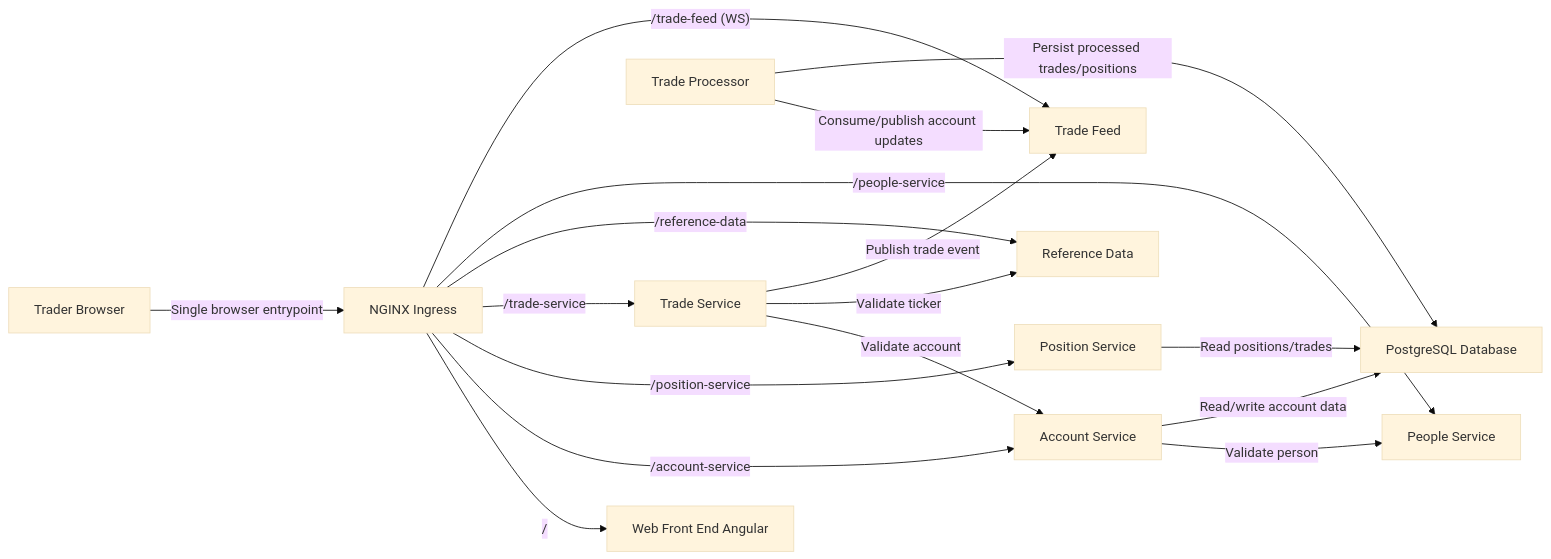
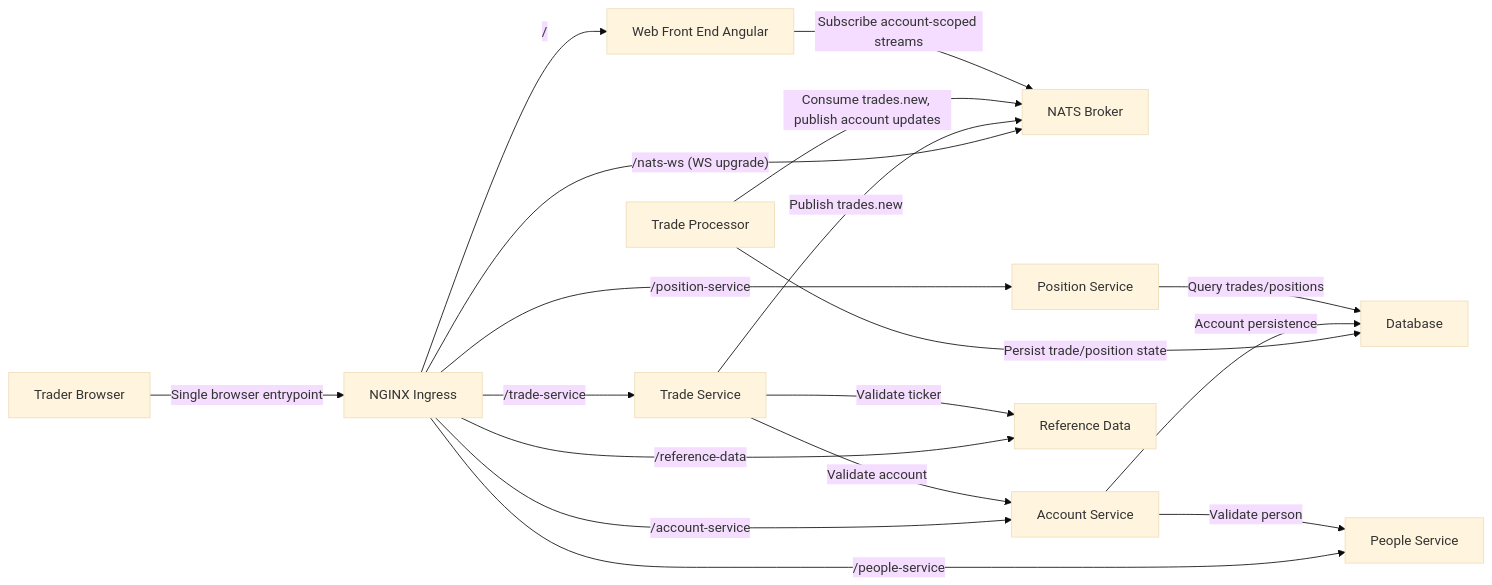
The diagram in docs/learning/software-architecture.md (finos/traderX), drawn with Mermaid (base theme) before and after one commit. The commit also changed other lines of this file and 65 other files, not shown here.

````diff
--- a/docs/learning/software-architecture.md
+++ b/docs/learning/software-architecture.md
@@ -42,30 +42,31 @@
 ```mermaid
 flowchart LR
   trader["Trader Browser"]
   ingress["NGINX Ingress"]
   web["Web Front End Angular"]
-  referenceData["Reference Data"]
-  tradeFeed["Trade Feed"]
-  people["People Service"]
+  nats["NATS Broker"]
+  tradeService["Trade Service"]
+  tradeProcessor["Trade Processor"]
   account["Account Service"]
   position["Position Service"]
-  tradeProcessor["Trade Processor"]
-  tradeService["Trade Service"]
-  database["PostgreSQL Database"]
+  referenceData["Reference Data"]
+  people["People Service"]
+  database["Database"]
   trader -->|"Single browser entrypoint"| ingress
   ingress -->|"/"| web
   ingress -->|"/account-service"| account
   ingress -->|"/position-service"| position
   ingress -->|"/trade-service"| tradeService
   ingress -->|"/reference-data"| referenceData
   ingress -->|"/people-service"| people
-  ingress -->|"/trade-feed (WS)"| tradeFeed
+  ingress -->|"/nats-ws (WS upgrade)"| nats
   tradeService -->|"Validate account"| account
   tradeService -->|"Validate ticker"| referenceData
-  tradeService -->|"Publish trade event"| tradeFeed
-  tradeProcessor -->|"Consume/publish account updates"| tradeFeed
+  tradeService -->|"Publish trades.new"| nats
+  tradeProcessor -->|"Consume trades.new, publish account updates"| nats
+  web -->|"Subscribe account-scoped streams"| nats
+  tradeProcessor -->|"Persist trade/position state"| database
+  account -->|"Account persistence"| database
+  position -->|"Query trades/positions"| database
   account -->|"Validate person"| people
-  account -->|"Read/write account data"| database
-  position -->|"Read positions/trades"| database
-  tradeProcessor -->|"Persist processed trades/positions"| database
 ```
````
